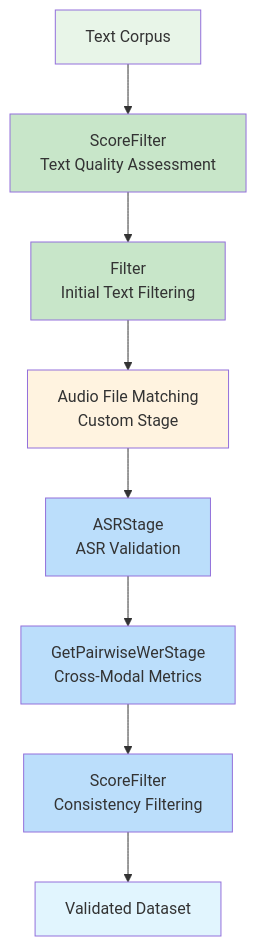
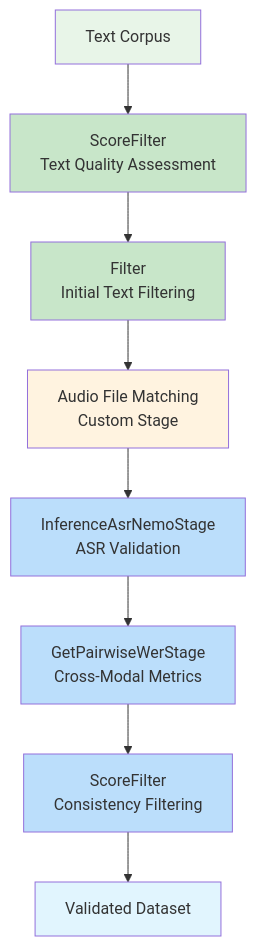
Before and after one commit to NVIDIA-NeMo/Curator: the fourth of 4 diagrams in fern/versions/main/pages/about/concepts/audio/text-integration.mdx, drawn with Mermaid. The commit also changed other lines of this file and 15 other files, not shown here.

````diff
--- a/fern/versions/main/pages/about/concepts/audio/text-integration.mdx
+++ b/fern/versions/main/pages/about/concepts/audio/text-integration.mdx
@@ -135,22 +135,22 @@
 ```mermaid
 flowchart TD
     A[Text Corpus] --> B[ScoreFilter<br/>Text Quality Assessment]
     B --> C[Filter<br/>Initial Text Filtering]
     C --> D[Audio File Matching<br/>Custom Stage]
-    D --> E[ASRStage<br/>ASR Validation]
+    D --> E[InferenceAsrNemoStage<br/>ASR Validation]
     E --> F[GetPairwiseWerStage<br/>Cross-Modal Metrics]
     F --> G[ScoreFilter<br/>Consistency Filtering]
     G --> H[Validated Dataset]
     
     style A fill:#e8f5e8
     style D fill:#fff3e0
     style H fill:#e1f5fe
     
     classDef textStage fill:#c8e6c9
     classDef matchingStage fill:#ffcc02
     classDef audioStage fill:#bbdefb
     
     class B,C textStage
     class D matchingStage
     class E,F,G audioStage
 ```
````
